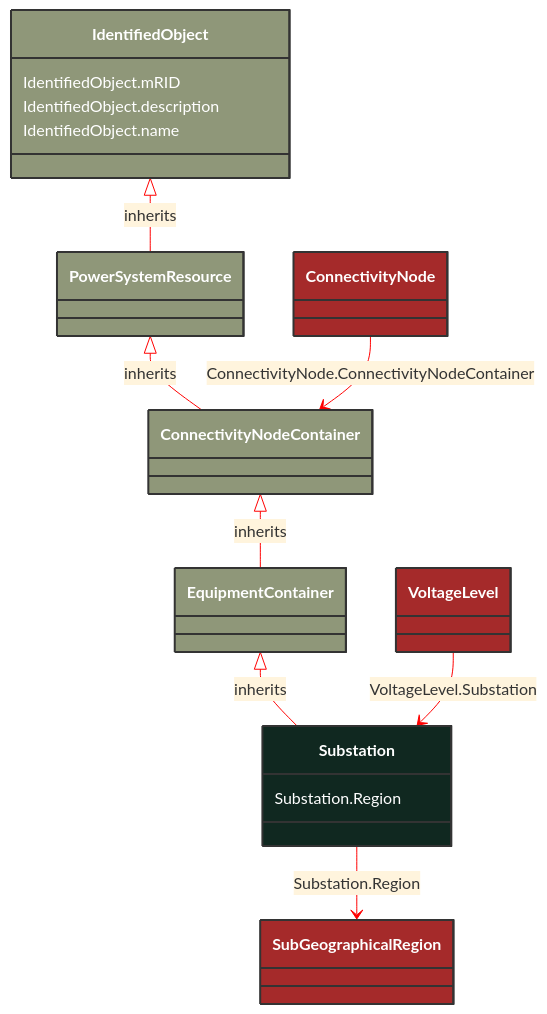
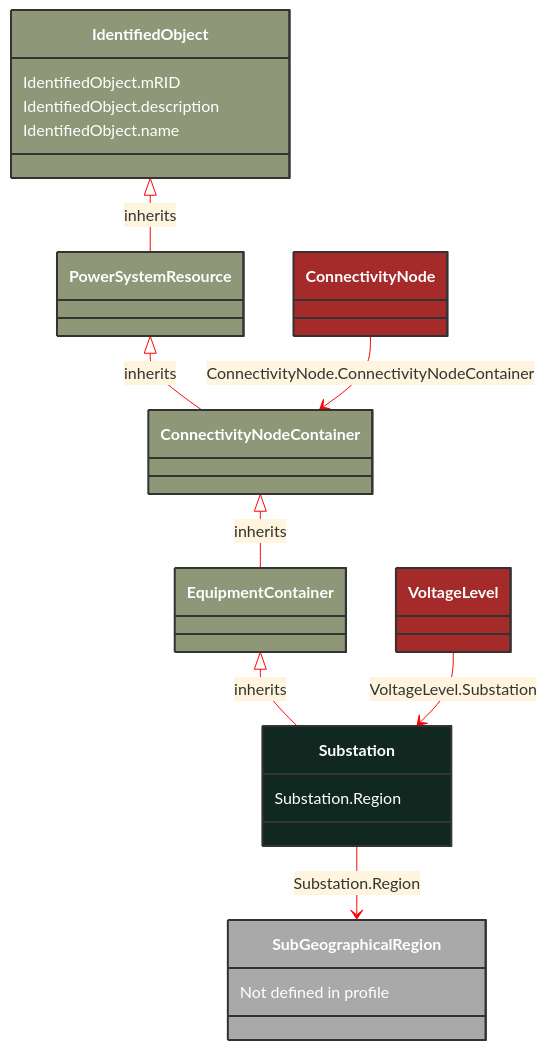
Before and after one commit to 3lbits/NoCIMExtensions: the diagram in docs/Models/Profiles/Telemark-120BoundaryModel/ConcreteClasses/Substation.md, drawn with Mermaid. The commit also changed 50 other files, not shown here.

Commit message:
Fixed schema

````diff
--- a/docs/Models/Profiles/Telemark-120BoundaryModel/ConcreteClasses/Substation.md
+++ b/docs/Models/Profiles/Telemark-120BoundaryModel/ConcreteClasses/Substation.md
@@ -8,47 +8,48 @@
 ```mermaid
 %%{init: {'theme':'base','themeVariables': {'lineColor': '#FF0000'}}}%%
 classDiagram
     class Substation
     click Substation href "/Models/Profiles/Telemark-120BoundaryModel/ConcreteClasses/Substation/"
     style Substation fill:#102820,stroke:#333,stroke-width:2px,rx:10,ry:10,color:white
      
         EquipmentContainer <|-- Substation : inherits
             click EquipmentContainer href "/Models/Profiles/Telemark-120BoundaryModel/AbstractClasses/EquipmentContainer/"
             style EquipmentContainer fill:#8F9779,stroke:#333,stroke-width:2px,rx:10,ry:10,color:white
      
         ConnectivityNodeContainer <|-- EquipmentContainer : inherits
             click ConnectivityNodeContainer href "/Models/Profiles/Telemark-120BoundaryModel/AbstractClasses/ConnectivityNodeContainer/"
             style ConnectivityNodeContainer fill:#8F9779,stroke:#333,stroke-width:2px,rx:10,ry:10,color:white
      
         PowerSystemResource <|-- ConnectivityNodeContainer : inherits
             click PowerSystemResource href "/Models/Profiles/Telemark-120BoundaryModel/AbstractClasses/PowerSystemResource/"
             style PowerSystemResource fill:#8F9779,stroke:#333,stroke-width:2px,rx:10,ry:10,color:white
      
         IdentifiedObject <|-- PowerSystemResource : inherits
             click IdentifiedObject href "/Models/Profiles/Telemark-120BoundaryModel/AbstractClasses/IdentifiedObject/"
             style IdentifiedObject fill:#8F9779,stroke:#333,stroke-width:2px,rx:10,ry:10,color:white
 
         Substation --> SubGeographicalRegion : Substation.Region
 
+        SubGeographicalRegion : Not defined in profile
+
         SubGeographicalRegion
-            click SubGeographicalRegion href "/Models/Profiles/Telemark-120BoundaryModel/ConcreteClasses/SubGeographicalRegion/"
-            style SubGeographicalRegion fill:#A52A2A,stroke:#333,stroke-width:2px,rx:10,ry:10,color:white
+            style SubGeographicalRegion fill:#A9A9A9,stroke:#333,stroke-width:2px,rx:10,ry:10,color:white
 
         ConnectivityNode --> ConnectivityNodeContainer : ConnectivityNode.ConnectivityNodeContainer
 
         ConnectivityNode
             click ConnectivityNode href "/Models/Profiles/Telemark-120BoundaryModel/ConcreteClasses/ConnectivityNode/"
             style ConnectivityNode fill:#A52A2A,stroke:#333,stroke-width:2px,rx:10,ry:10,color:white
 
         VoltageLevel --> Substation : VoltageLevel.Substation
 
         VoltageLevel
             click VoltageLevel href "/Models/Profiles/Telemark-120BoundaryModel/ConcreteClasses/VoltageLevel/"
             style VoltageLevel fill:#A52A2A,stroke:#333,stroke-width:2px,rx:10,ry:10,color:white
 
 
         Substation : Substation.Region
         IdentifiedObject : IdentifiedObject.mRID
         IdentifiedObject : IdentifiedObject.description
         IdentifiedObject : IdentifiedObject.name
 ```
````
